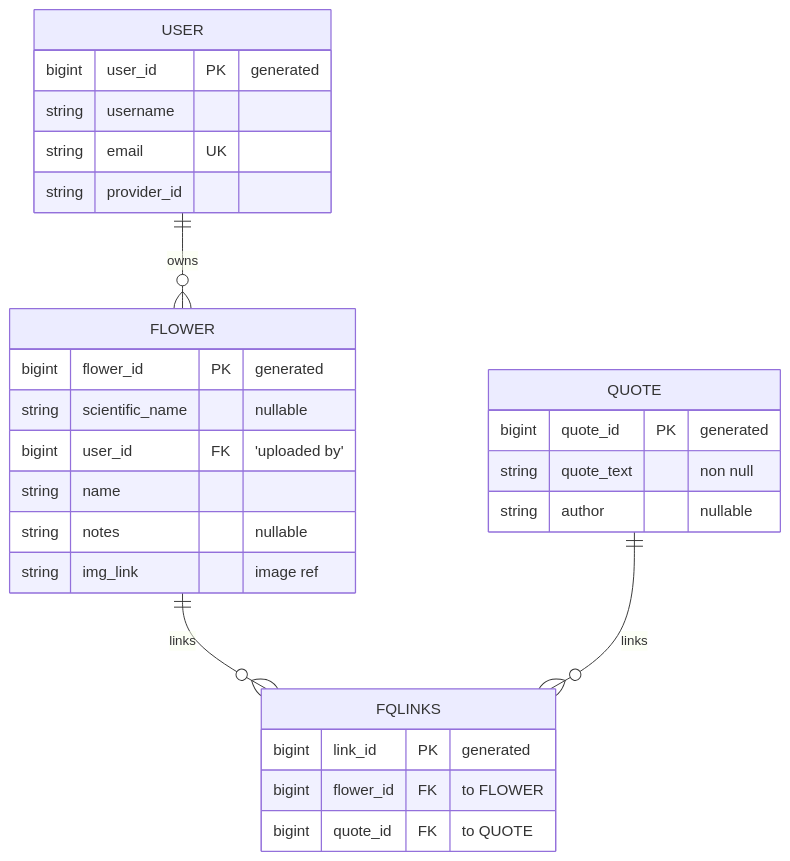
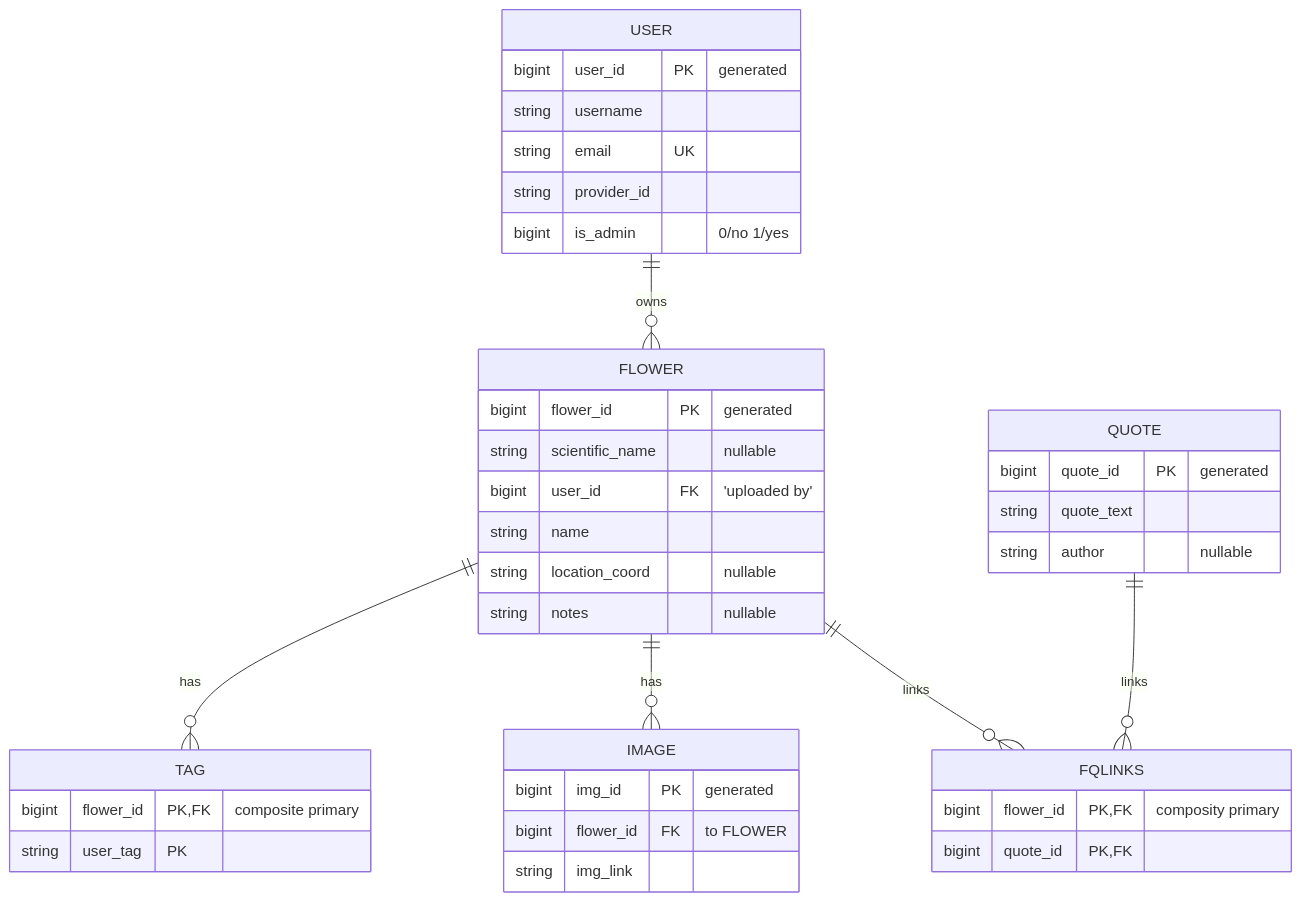
Before and after one commit to jai-serr-ace/group04-flower-api-application-android: the diagram in proposal.md, drawn with Mermaid. The commit also changed other lines of this file, not shown here.

````diff
--- a/proposal.md
+++ b/proposal.md
@@ -19,30 +21,41 @@
 ```mermaid
 erDiagram
     USER ||--o{ FLOWER : owns
     FLOWER ||--o{ FQLINKS : links
+    FLOWER ||--o{ IMAGE : has
+    FLOWER ||--o{ TAG : has
     QUOTE ||--o{ FQLINKS : links
     USER {
         bigint user_id PK "generated"
         string username
         string email UK
         string provider_id
+        bigint is_admin "0/no 1/yes"
     }
     FLOWER {
         bigint flower_id PK "generated"
         string scientific_name "nullable"
         bigint user_id FK "'uploaded by'"
         string name
+        string location_coord "nullable"
         string notes "nullable"
-        string img_link "image ref"
     }
     QUOTE {
         bigint quote_id PK "generated"
-        string quote_text "non null"
+        string quote_text
         string author "nullable"
     }
     FQLINKS {
-        bigint link_id PK "generated"
+        bigint flower_id PK,FK "composity primary"
+        bigint quote_id PK,FK
+    }
+    IMAGE {
+        bigint img_id PK "generated"
         bigint flower_id FK "to FLOWER"
-        bigint quote_id FK "to QUOTE"
+        string img_link
+    }
+    TAG {
+        bigint flower_id PK,FK "composite primary"
+        string user_tag PK
     }
 ```
````
